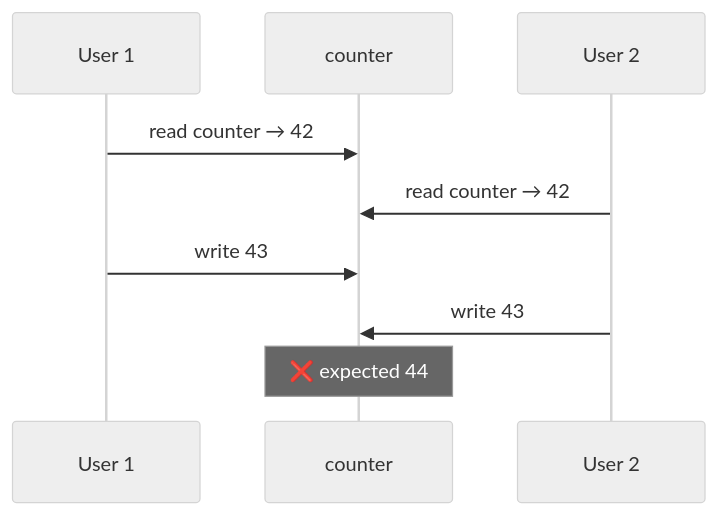
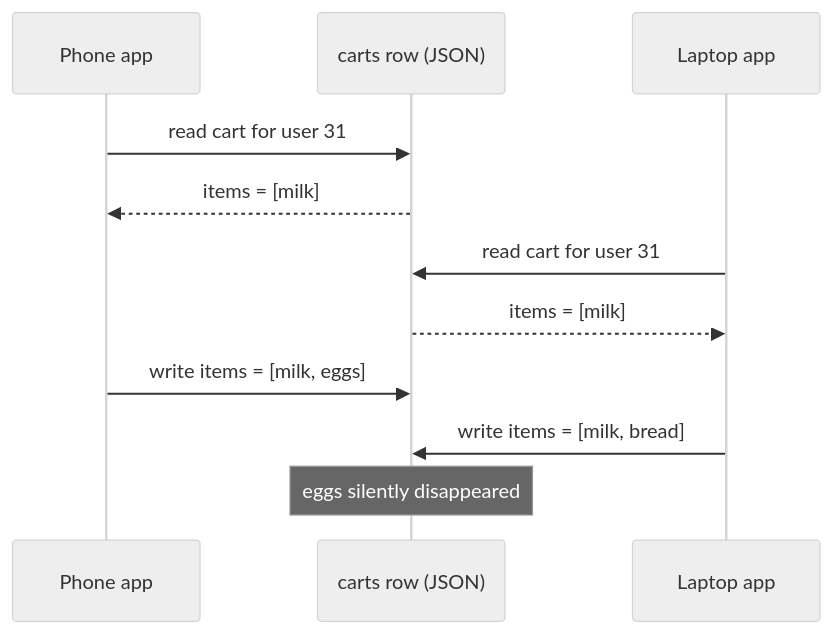
Before and after one commit to pratikguru998/ddia-book: diagram 15 of 32 in docs/chapters/part-2/07-transactions.mdx, drawn with Mermaid (neutral theme). The commit also changed other lines of this file and 13 other files, not shown here.

Commit message:
Expand all 12 chapters: every book subsection, deeper notes, ~320 diagrams

````diff
--- a/docs/chapters/part-2/07-transactions.mdx
+++ b/docs/chapters/part-2/07-transactions.mdx
@@ -123,11 +532,13 @@
 ```mermaid
 sequenceDiagram
-  participant U1 as User 1
-  participant DB as counter
-  participant U2 as User 2
-  U1->>DB: read counter → 42
-  U2->>DB: read counter → 42
-  U1->>DB: write 43
-  U2->>DB: write 43
-  Note over DB: ❌ expected 44
+  participant PH as Phone app
+  participant DB as carts row (JSON)
+  participant LP as Laptop app
+  PH->>DB: read cart for user 31
+  DB-->>PH: items = [milk]
+  LP->>DB: read cart for user 31
+  DB-->>LP: items = [milk]
+  PH->>DB: write items = [milk, eggs]
+  LP->>DB: write items = [milk, bread]
+  Note over DB: eggs silently disappeared
 ```
````
